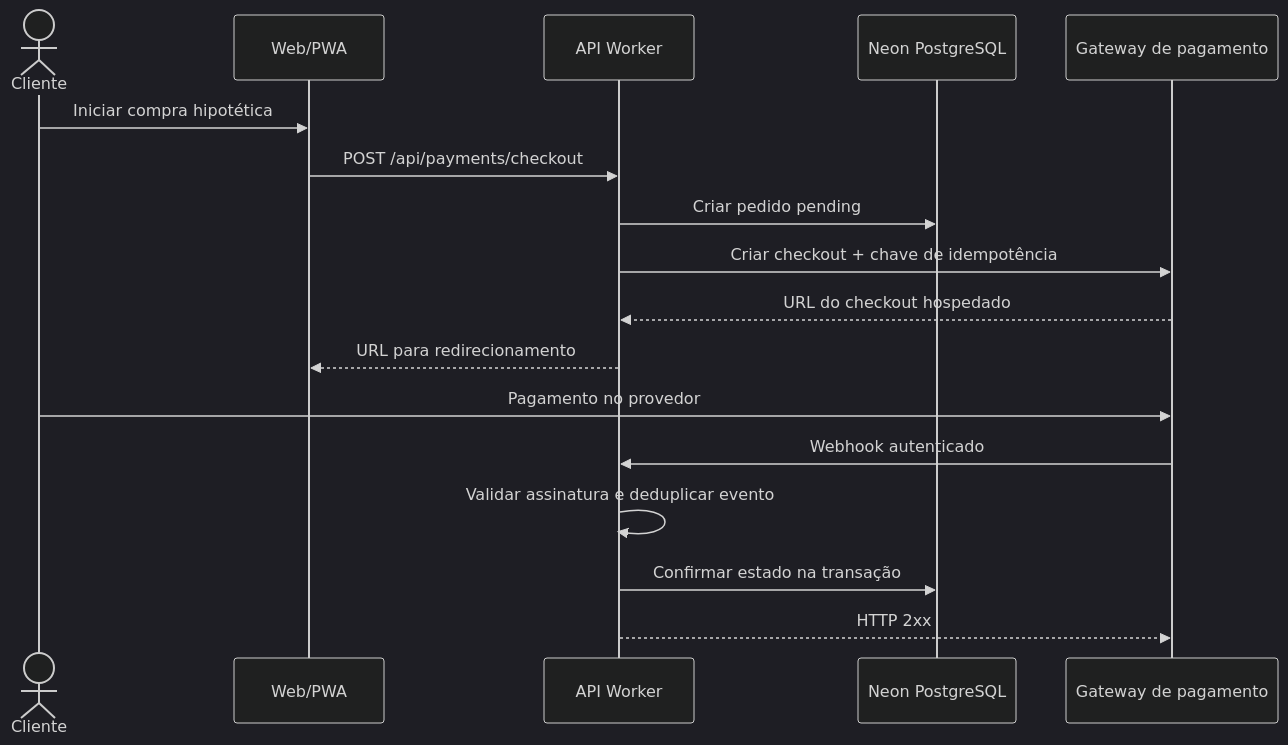
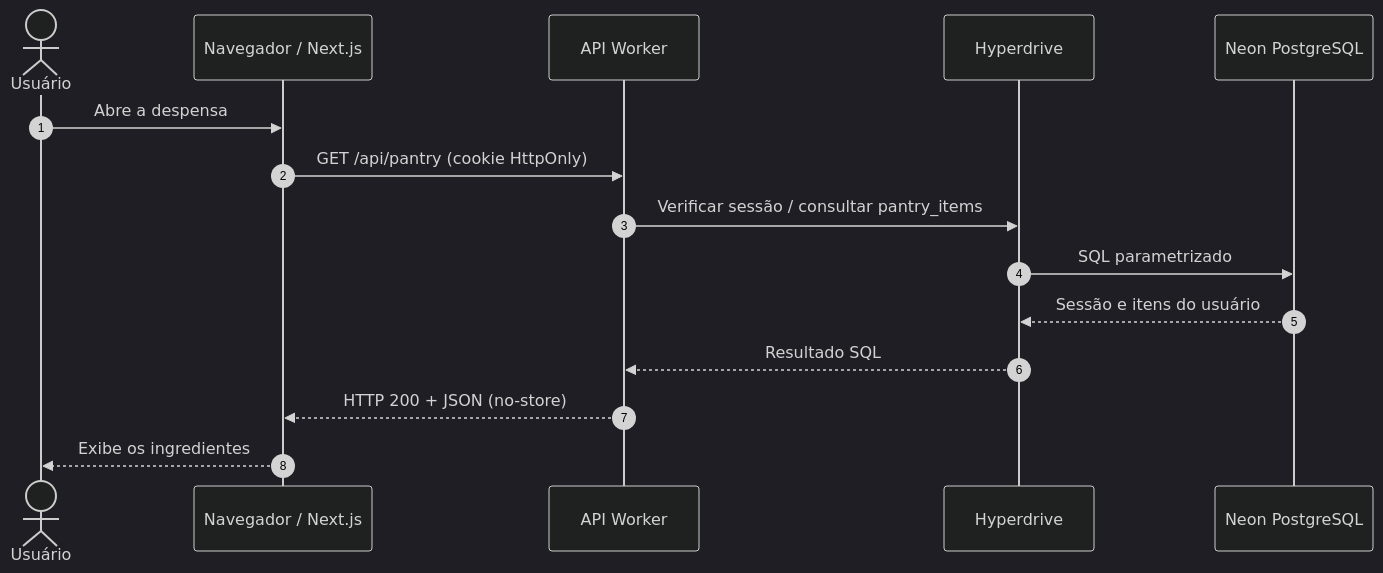
The third of 7 diagrams in docs/system-design-fase4.md (pitado/receitando), drawn with Mermaid (dark theme) before and after one commit. The commit also changed other lines of this file and 3 other files, not shown here.

Commit message:
docs: System Design visual com 7 diagramas e justificativas objetivas

````diff
--- a/docs/system-design-fase4.md
+++ b/docs/system-design-fase4.md
@@ -88,19 +82,18 @@
 ```mermaid
 sequenceDiagram
-  actor Cliente
-  participant FE as Web/PWA
-  participant API as API Worker
-  participant DB as Neon PostgreSQL
-  participant MP as Gateway de pagamento
-  Cliente->>FE: Iniciar compra hipotética
-  FE->>API: POST /api/payments/checkout
-  API->>DB: Criar pedido pending
-  API->>MP: Criar checkout + chave de idempotência
-  MP-->>API: URL do checkout hospedado
-  API-->>FE: URL para redirecionamento
-  Cliente->>MP: Pagamento no provedor
-  MP->>API: Webhook autenticado
-  API->>API: Validar assinatura e deduplicar evento
-  API->>DB: Confirmar estado na transação
-  API-->>MP: HTTP 2xx
+    autonumber
+    actor U as Usuário
+    participant FE as Navegador / Next.js
+    participant API as API Worker
+    participant HD as Hyperdrive
+    participant PG as Neon PostgreSQL
+
+    U->>FE: Abre a despensa
+    FE->>API: GET /api/pantry (cookie HttpOnly)
+    API->>HD: Verificar sessão / consultar pantry_items
+    HD->>PG: SQL parametrizado
+    PG-->>HD: Sessão e itens do usuário
+    HD-->>API: Resultado SQL
+    API-->>FE: HTTP 200 + JSON (no-store)
+    FE-->>U: Exibe os ingredientes
 ```
````
